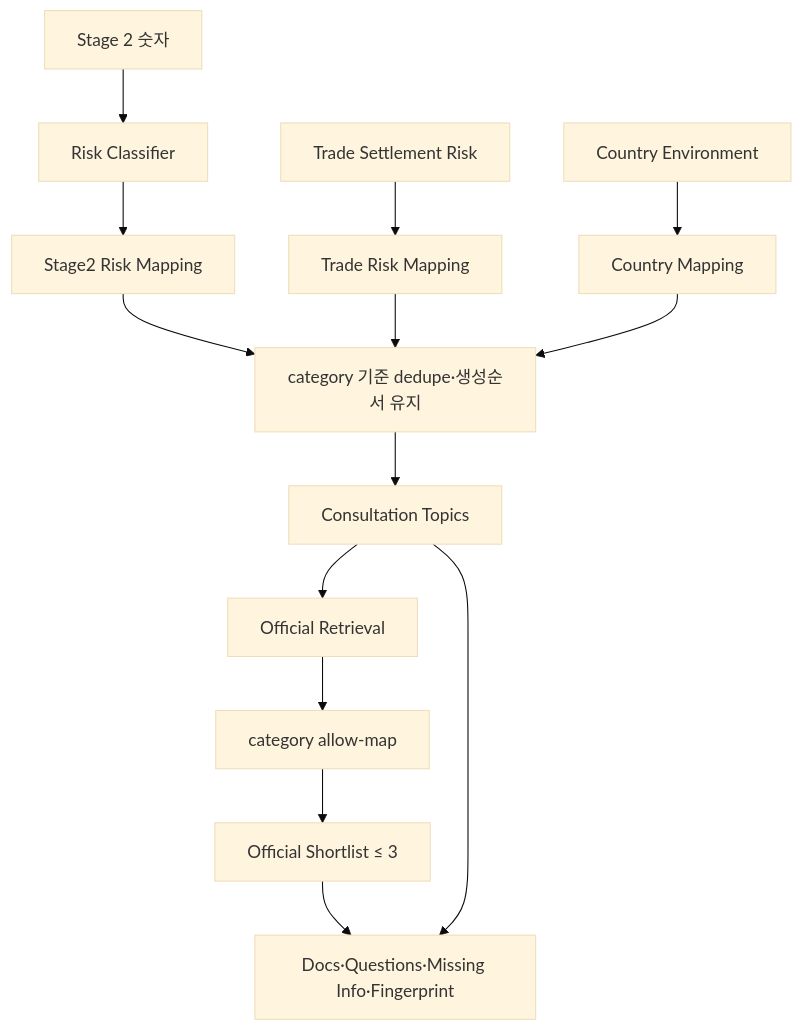
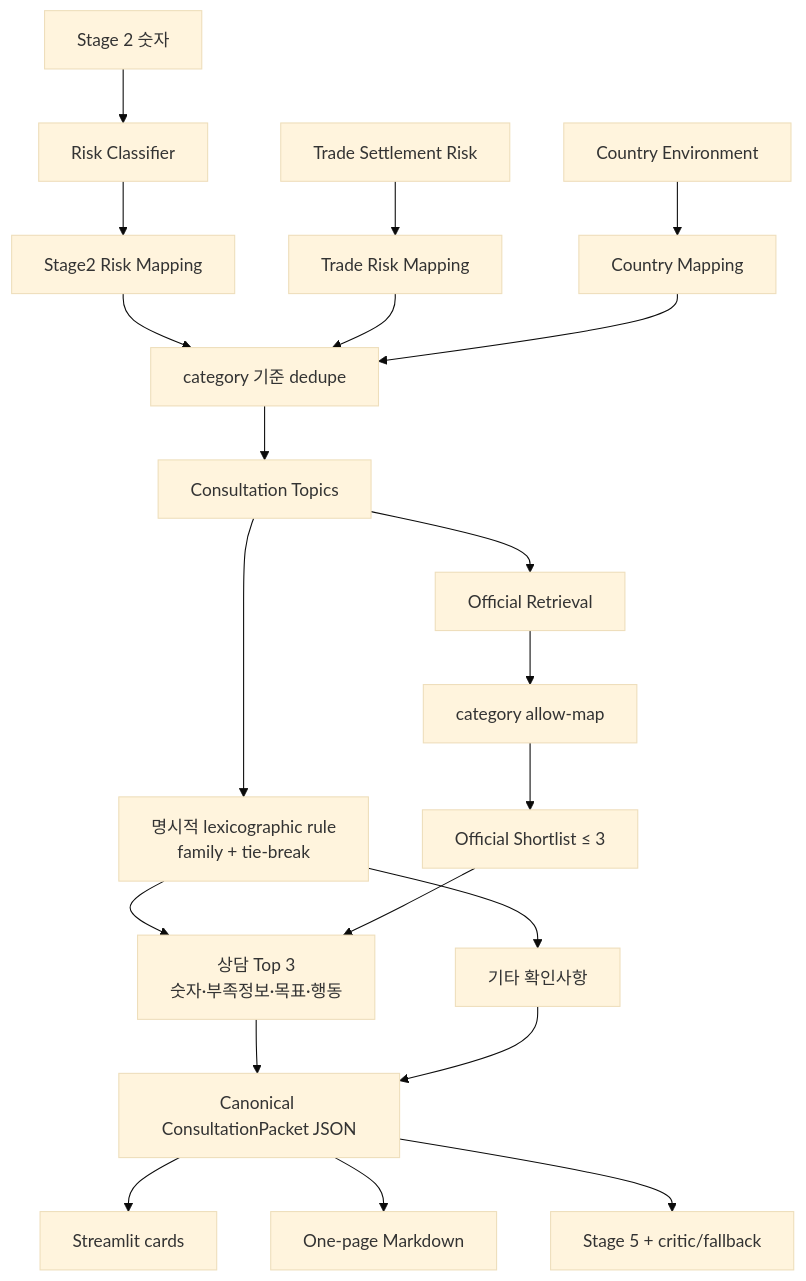
The fourth of 5 diagrams in docs/FINAL_PROJECT_REPORT.md (MinchoLover/KBaiAgent), drawn with Mermaid (base theme) before and after one commit. The commit also changed other lines of this file and 19 other files, not shown here.

````diff
--- a/docs/FINAL_PROJECT_REPORT.md
+++ b/docs/FINAL_PROJECT_REPORT.md
@@ -236,25 +231,35 @@
 ```mermaid
 flowchart TD
     S2[Stage 2 숫자]
     RC[Risk Classifier]
     TR[Trade Settlement Risk]
     CE[Country Environment]
     RM1[Stage2 Risk Mapping]
     RM2[Trade Risk Mapping]
     RM3[Country Mapping]
-    MERGE[category 기준 dedupe·생성순서 유지]
+    MERGE[category 기준 dedupe]
     TOPICS[Consultation Topics]
+    RULE[명시적 lexicographic rule<br/>family + tie-break]
+    TOP3[상담 Top 3<br/>숫자·부족정보·목표·행동]
+    OTHER[기타 확인사항]
     SEARCH[Official Retrieval]
     MATCH[category allow-map]
     MAX3[Official Shortlist ≤ 3]
-    PACKET[Docs·Questions·Missing Info·Fingerprint]
+    PACKET[Canonical ConsultationPacket JSON]
+    UI[Streamlit cards]
+    MD[One-page Markdown]
+    R5[Stage 5 + critic/fallback]
 
     S2 --> RC --> RM1
     TR --> RM2
     CE --> RM3
     RM1 --> MERGE
     RM2 --> MERGE
     RM3 --> MERGE --> TOPICS
-    TOPICS --> SEARCH --> MATCH --> MAX3 --> PACKET
-    TOPICS --> PACKET
+    TOPICS --> RULE --> TOP3 --> PACKET
+    RULE --> OTHER --> PACKET
+    TOPICS --> SEARCH --> MATCH --> MAX3 --> TOP3
+    PACKET --> UI
+    PACKET --> MD
+    PACKET --> R5
 ```
````
